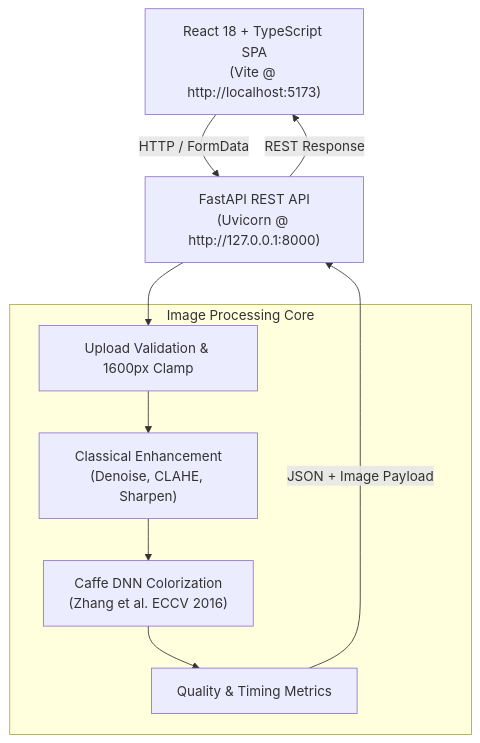
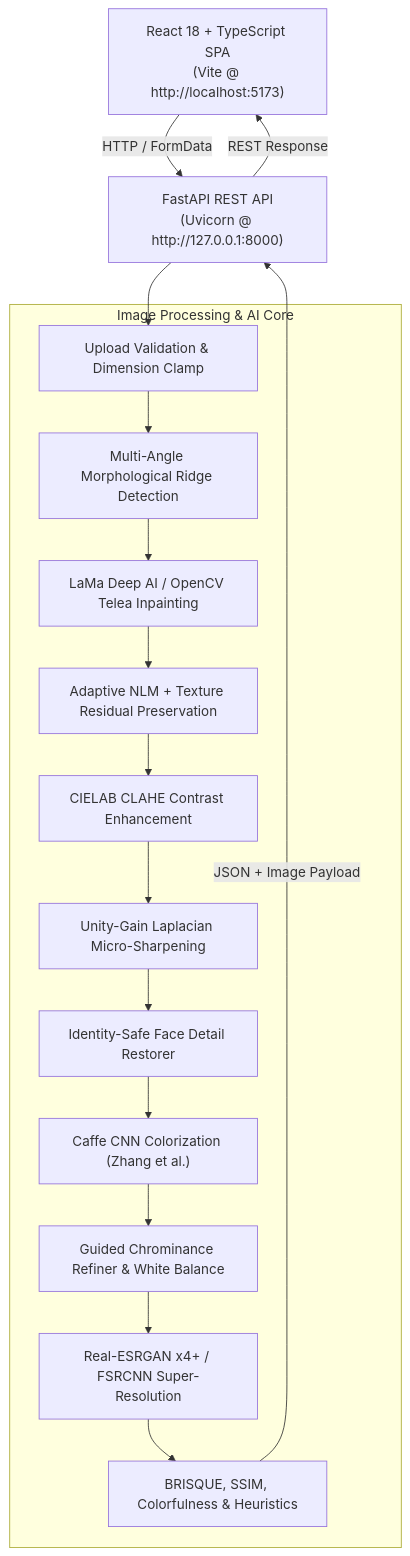
The diagram in README.md (AbhishekKritinSR/PixelRevive-AI-Powered-Image-Restoration-and-Colorization-Studio), drawn with Mermaid before and after one commit. The commit also changed other lines of this file and 26 other files, not shown here.

First line of the commit message:
feat(restoration): integrate LaMa inpainting, Real-ESRGAN super-resolution, face restorer, and natural chrominance refiner

````diff
--- a/README.md
+++ b/README.md
@@ -18,20 +25,34 @@
 ```mermaid
 flowchart TD
     Client["React 18 + TypeScript SPA<br/>(Vite @ http://localhost:5173)"]
     API["FastAPI REST API<br/>(Uvicorn @ http://127.0.0.1:8000)"]
     
-    subgraph Engine ["Image Processing Core"]
-        Pre["Upload Validation & 1600px Clamp"]
-        Enhance["Classical Enhancement<br/>(Denoise, CLAHE, Sharpen)"]
-        Colorize["Caffe DNN Colorization<br/>(Zhang et al. ECCV 2016)"]
-        Metrics["Quality & Timing Metrics"]
+    subgraph Engine ["Image Processing & AI Core"]
+        Pre["Upload Validation & Dimension Clamp"]
+        Morph["Multi-Angle Morphological Ridge Detection"]
+        Inpaint["LaMa Deep AI / OpenCV Telea Inpainting"]
+        Denoise["Adaptive NLM + Texture Residual Preservation"]
+        Contrast["CIELAB CLAHE Contrast Enhancement"]
+        Sharpen["Unity-Gain Laplacian Micro-Sharpening"]
+        Face["Identity-Safe Face Detail Restorer"]
+        Colorize["Caffe CNN Colorization (Zhang et al.)"]
+        Refine["Guided Chrominance Refiner & White Balance"]
+        SR["Real-ESRGAN x4+ / FSRCNN Super-Resolution"]
+        Metrics["BRISQUE, SSIM, Colorfulness & Heuristics"]
     end
 
     Client -->|HTTP / FormData| API
     API --> Pre
-    Pre --> Enhance
-    Enhance --> Colorize
-    Colorize --> Metrics
+    Pre --> Morph
+    Morph --> Inpaint
+    Inpaint --> Denoise
+    Denoise --> Contrast
+    Contrast --> Sharpen
+    Sharpen --> Face
+    Face --> Colorize
+    Colorize --> Refine
+    Refine --> SR
+    SR --> Metrics
     Metrics -->|JSON + Image Payload| API
     API -->|REST Response| Client
 ```
````
